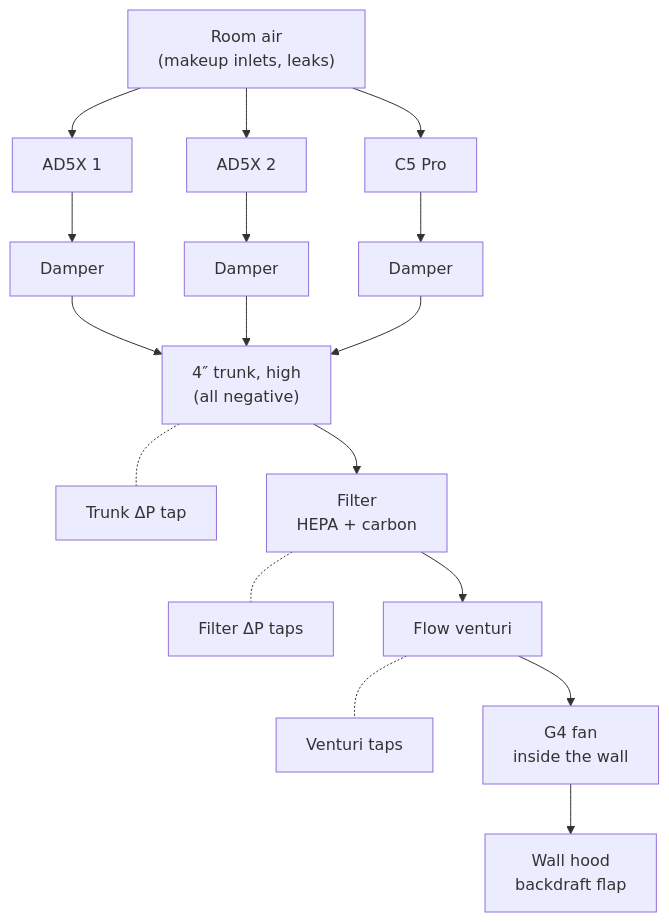
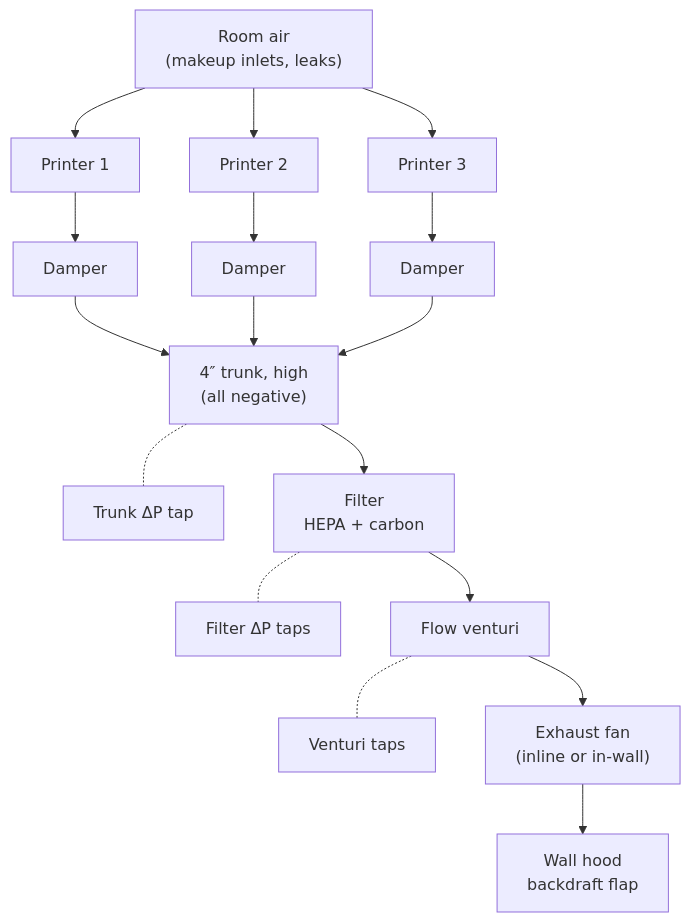
Before and after one commit to BashfulBits/3dp-fleet-exhaust: the first of 8 diagrams in docs/06_pneumatics_and_ducting.md, drawn with Mermaid. The commit also changed other lines of this file and 40 other files, not shown here.

````diff
--- a/docs/06_pneumatics_and_ducting.md
+++ b/docs/06_pneumatics_and_ducting.md
@@ -9,17 +9,17 @@
 ```mermaid
 flowchart TB
   RA["Room air<br>(makeup inlets, leaks)"]
-  RA --> A1["AD5X 1"] --> D1["Damper"]
-  RA --> A2["AD5X 2"] --> D2["Damper"]
-  RA --> C5["C5 Pro"] --> D3["Damper"]
+  RA --> A1["Printer 1"] --> D1["Damper"]
+  RA --> A2["Printer 2"] --> D2["Damper"]
+  RA --> P3["Printer 3"] --> D3["Damper"]
   D1 --> TR["4″ trunk, high<br>(all negative)"]
   D2 --> TR
   D3 --> TR
   TR -.- TT["Trunk ΔP tap"]
   TR --> FI["Filter<br>HEPA + carbon"]
   FI -.- FT["Filter ΔP taps"]
   FI --> VE["Flow venturi"]
   VE -.- VT["Venturi taps"]
-  VE --> FAN["G4 fan<br>inside the wall"]
+  VE --> FAN["Exhaust fan<br>(inline or in-wall)"]
   FAN --> HOOD["Wall hood<br>backdraft flap"]
 ```
````
